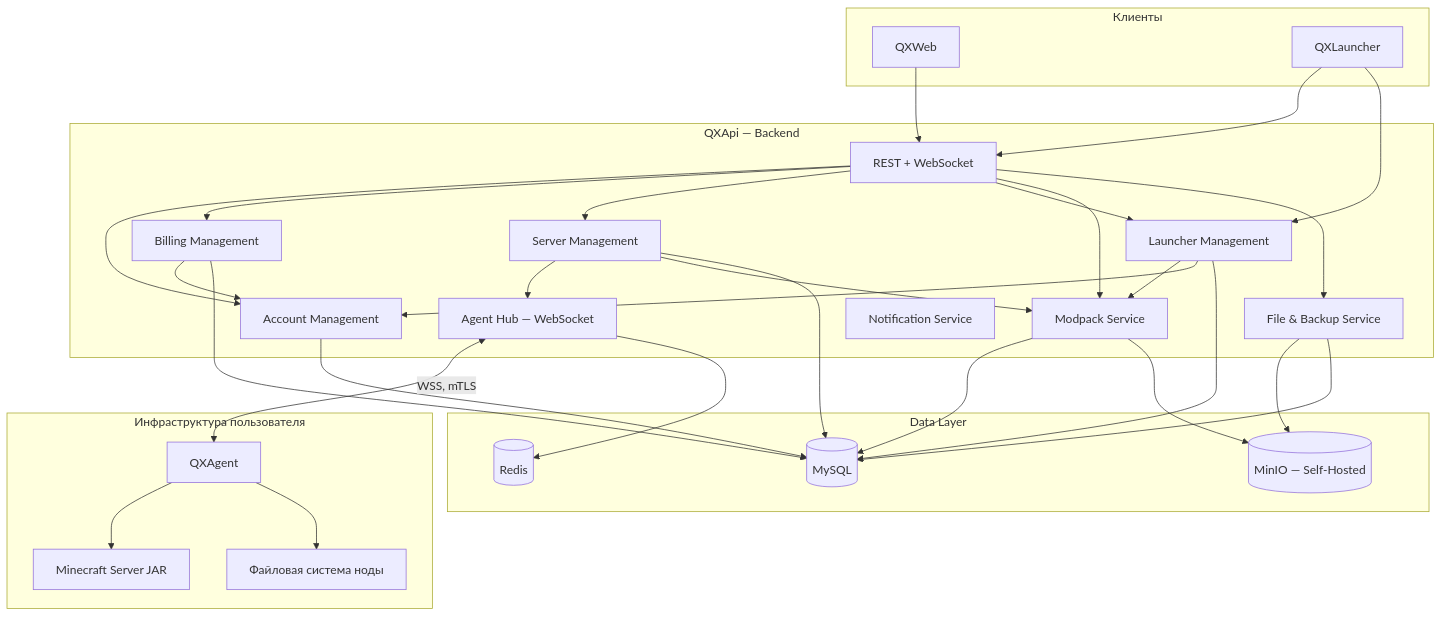
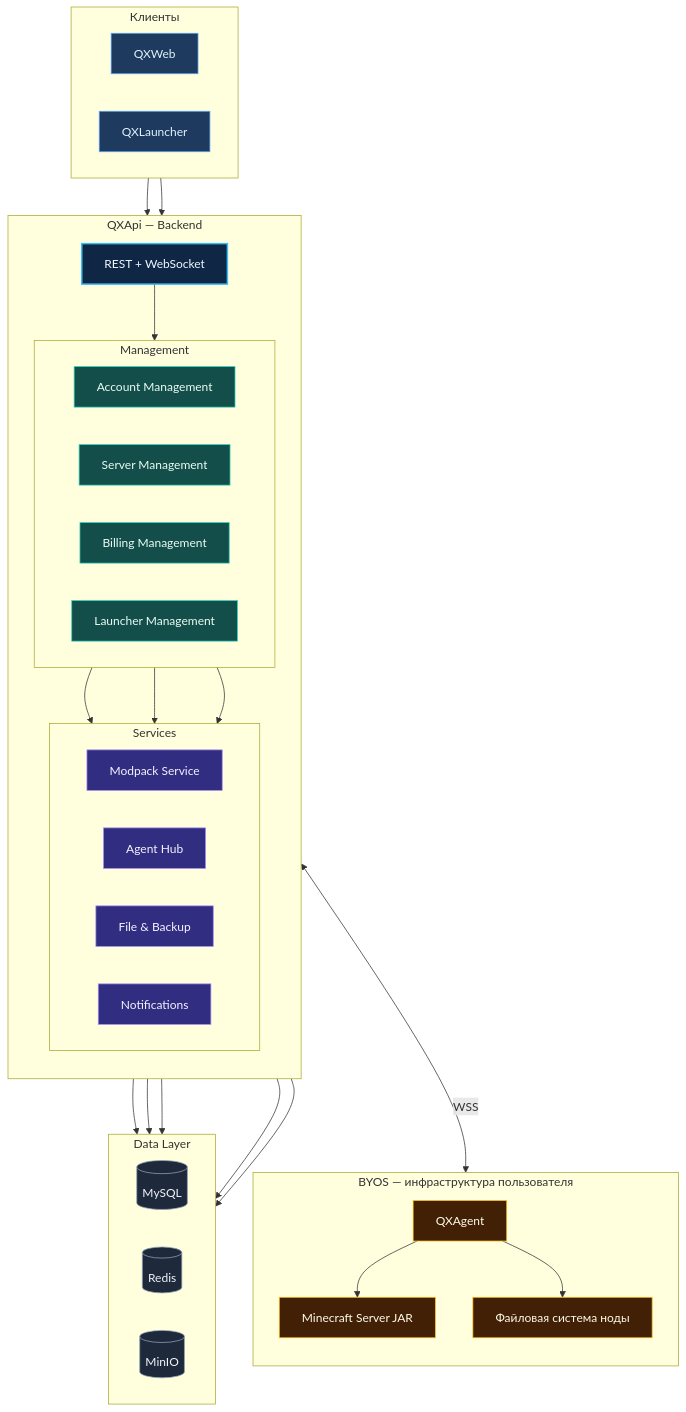
The fifth of 16 diagrams in docs/architecture.md (mindevis/qx-project), drawn with Mermaid before and after one commit. The commit also changed other lines of this file and 13 other files, not shown here.

````diff
--- a/docs/architecture.md
+++ b/docs/architecture.md
@@ -201,62 +205,76 @@
 ```mermaid
 flowchart TB
     subgraph clients [Клиенты]
+        direction LR
         Web[QXWeb]
         Launcher[QXLauncher]
     end
 
     subgraph platform [QXApi — Backend]
+        direction TB
+
         API[REST + WebSocket]
-        AccountMgmt[Account Management]
-        BillingMgmt[Billing Management]
-        ServerMgmt[Server Management]
-        LauncherMgmt[Launcher Management]
-        ModpackSvc[Modpack Service]
-        AgentHub[Agent Hub — WebSocket]
-        FileSvc[File & Backup Service]
-        Notify[Notification Service]
+
+        subgraph mgmt [Management]
+            direction LR
+            AccountMgmt[Account Management]
+            ServerMgmt[Server Management]
+            BillingMgmt[Billing Management]
+            LauncherMgmt[Launcher Management]
+        end
+
+        subgraph svc [Services]
+            direction LR
+            ModpackSvc[Modpack Service]
+            AgentHub[Agent Hub]
+            FileSvc[File & Backup]
+            Notify[Notifications]
+        end
     end
 
-    subgraph data [Data Layer]
-        MySQL[(MySQL)]
-        Redis[(Redis)]
-        MinIO[(MinIO — Self-Hosted)]
-    end
-
-    subgraph remote [Инфраструктура пользователя]
+    subgraph byos [BYOS — инфраструктура пользователя]
+        direction TB
         Agent[QXAgent]
         MCServer[Minecraft Server JAR]
         NodeFS[Файловая система ноды]
     end
 
+    subgraph data [Data Layer]
+        direction LR
+        MySQL[(MySQL)]
+        Redis[(Redis)]
+        MinIO[(MinIO)]
+    end
+
     Web --> API
     Launcher --> API
-    Launcher --> LauncherMgmt
-
-    API --> AccountMgmt
-    API --> BillingMgmt
-    API --> ServerMgmt
-    API --> LauncherMgmt
-    API --> ModpackSvc
-    API --> FileSvc
+    API --> mgmt
+    mgmt --> svc
 
     ServerMgmt --> AgentHub
-    ServerMgmt --> ModpackSvc
     LauncherMgmt --> ModpackSvc
-    LauncherMgmt --> AccountMgmt
-    BillingMgmt --> AccountMgmt
-    AgentHub <-->|WSS, mTLS| Agent
 
+    AgentHub <-->|WSS| Agent
     Agent --> MCServer
     Agent --> NodeFS
 
-    AccountMgmt --> MySQL
-    BillingMgmt --> MySQL
-    ServerMgmt --> MySQL
-    LauncherMgmt --> MySQL
+    mgmt --> MySQL
     ModpackSvc --> MySQL
-    ModpackSvc --> MinIO
+    FileSvc --> MinIO
     AgentHub --> Redis
-    FileSvc --> MinIO
-    FileSvc --> MySQL
+    Notify --> Redis
+
+    classDef client fill:#1e3a5f,stroke:#60a5fa,color:#e0f2fe
+    classDef api fill:#0f2744,stroke:#38bdf8,color:#f0f9ff,stroke-width:2px
+    classDef mgmt fill:#134e4a,stroke:#2dd4bf,color:#ecfdf5
+    classDef service fill:#312e81,stroke:#a78bfa,color:#f5f3ff
+    classDef byos fill:#422006,stroke:#fbbf24,color:#fffbeb
+    classDef store fill:#1e293b,stroke:#94a3b8,color:#f1f5f9
+
+    class Web,Launcher client
+    class API api
+    class AccountMgmt,ServerMgmt,BillingMgmt,LauncherMgmt mgmt
+    class ModpackSvc,AgentHub,FileSvc,Notify service
+    class Agent,MCServer,NodeFS byos
+    class MySQL,Redis,MinIO store
 ```
````
